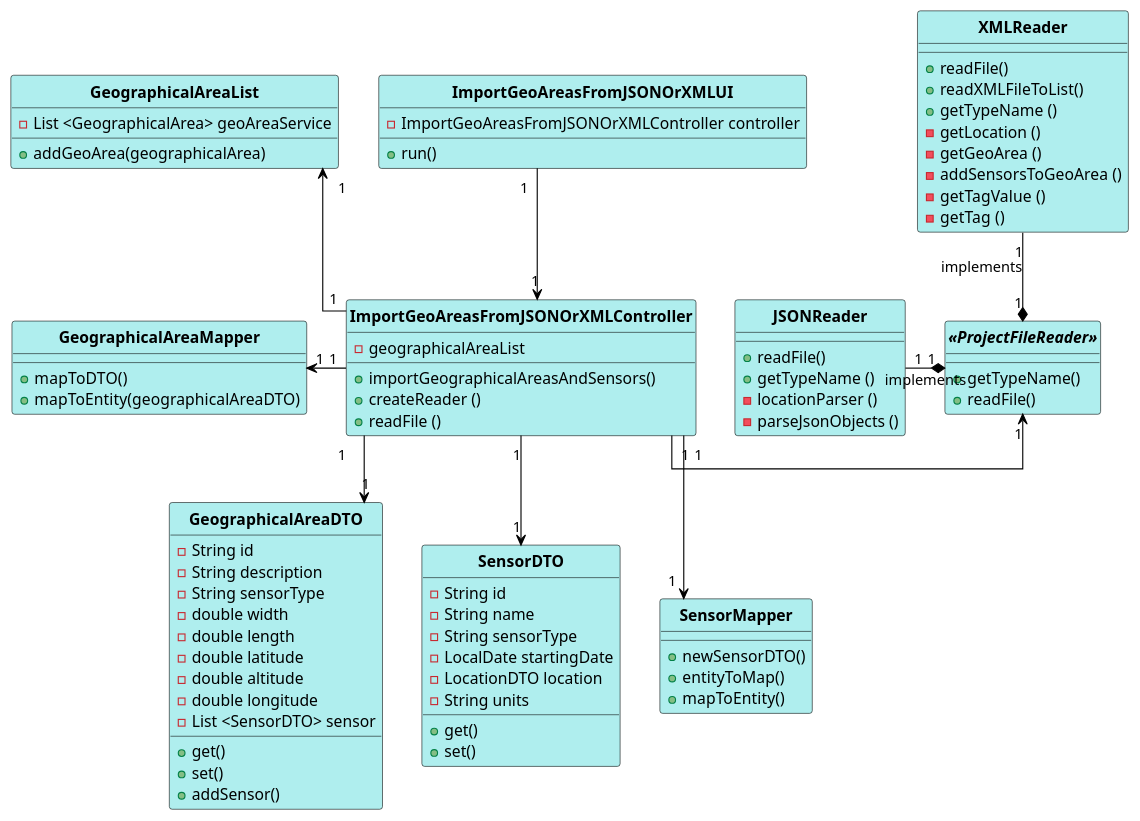
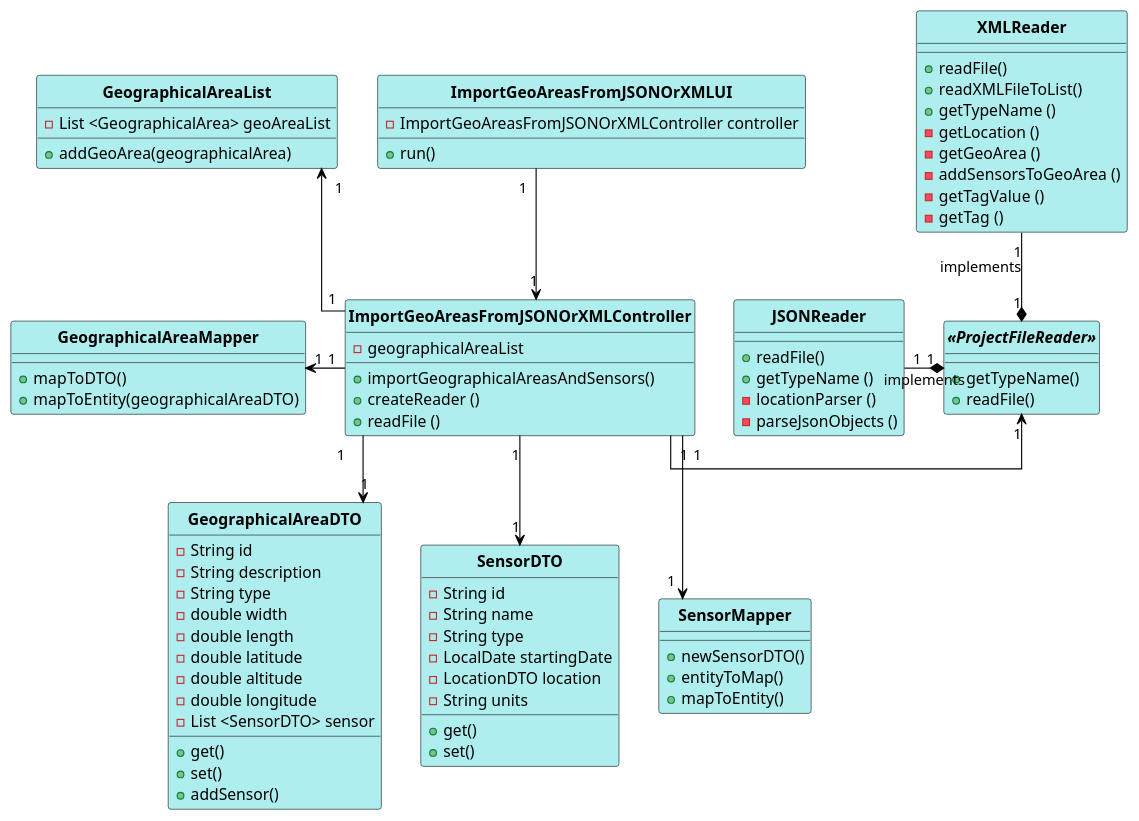
The diagram in src/main/java/pt/ipp/isep/dei/project/controllers/importgeoareasfromjsonorxmlcontroller/CD_ImportGeoAreasFromXML.puml (1181687/hateoasToy), drawn with PlantUML before and after one commit. The commit also changed 250 other files, not shown here.

```diff
--- a/src/main/java/pt/ipp/isep/dei/project/controllers/importgeoareasfromjsonorxmlcontroller/CD_ImportGeoAreasFromXML.puml
+++ b/src/main/java/pt/ipp/isep/dei/project/controllers/importgeoareasfromjsonorxmlcontroller/CD_ImportGeoAreasFromXML.puml
@@ -1,104 +1,104 @@
 @startuml
 skinparam linetype ortho
 
 skinparam class {
 	BackgroundColor PaleTurquoise
 	ArrowColor Black
 	BorderColor Black
 	FontStyle Bold
 }
 
 hide circle
 
 
 
 ImportGeoAreasFromJSONOrXMLUI "1" --> "1" ImportGeoAreasFromJSONOrXMLController
 ImportGeoAreasFromJSONOrXMLController "1" -up-> "1" GeographicalAreaList
 ImportGeoAreasFromJSONOrXMLController "1" -left-> "1" GeographicalAreaMapper
 ImportGeoAreasFromJSONOrXMLController "1" --> "1" GeographicalAreaDTO
 ImportGeoAreasFromJSONOrXMLController  "1" --> "1" SensorDTO
 ImportGeoAreasFromJSONOrXMLController  "1" --> "1" SensorMapper
 ImportGeoAreasFromJSONOrXMLController  "1" -right-> "1" "<<ProjectFileReader>>"
 
 XMLReader "1" -down-* "1" "<<ProjectFileReader>>" : implements
 JSONReader "1" -right-* "1" "<<ProjectFileReader>>" : implements
 
 Class ImportGeoAreasFromJSONOrXMLUI {
 - ImportGeoAreasFromJSONOrXMLController controller
 + run()
 
 }
 
 Class ImportGeoAreasFromJSONOrXMLController {
 - geographicalAreaList
 + importGeographicalAreasAndSensors()
 + createReader ()
 + readFile ()
 }
 
 Class GeographicalAreaMapper {
 + mapToDTO()
 + mapToEntity(geographicalAreaDTO)
 }
 
 Class GeographicalAreaList {
-- List <GeographicalArea> geoAreaService
+- List <GeographicalArea> geoAreaList
 + addGeoArea(geographicalArea)
 }
 
 Class GeographicalAreaDTO {
 - String id
 - String description
-- String sensorType
+- String type
 - double width
 - double length
 - double latitude
 - double altitude
 - double longitude
 - List <SensorDTO> sensor
 + get()
 + set()
 + addSensor()
 }
 
 Class SensorDTO {
 - String id
 - String name
-- String sensorType
+- String type
 - LocalDate startingDate
 - LocationDTO location
 - String units
 + get()
 + set()
 }
 
 Class SensorMapper {
 + newSensorDTO()
 + entityToMap()
 + mapToEntity()
 }
 
 Interface "<<ProjectFileReader>>" {
 + getTypeName()
 + readFile()
 }
 
 Class XMLReader {
 + readFile()
 + readXMLFileToList()
 + getTypeName ()
 - getLocation ()
 - getGeoArea ()
 - addSensorsToGeoArea ()
 - getTagValue ()
 - getTag ()
 }
 
 Class JSONReader {
 + readFile()
 + getTypeName ()
 - locationParser ()
 - parseJsonObjects ()
 }
 
 @enduml
```
